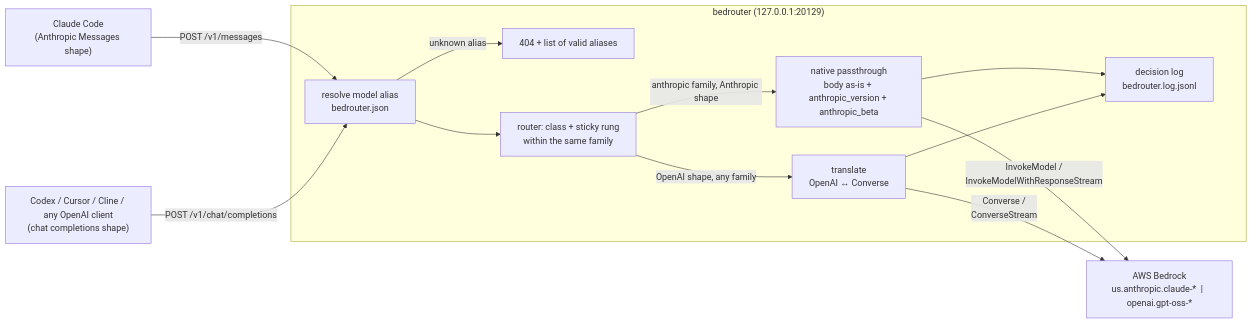
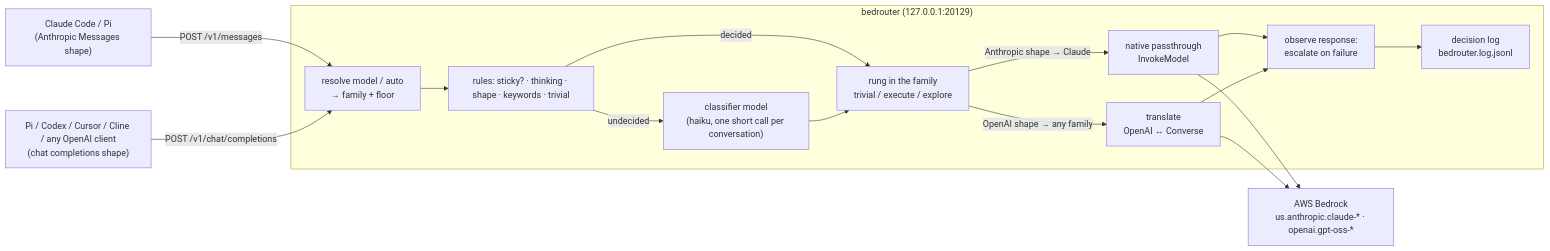
Before and after one commit to bmelton/bedrouter: the diagram in README.md, drawn with Mermaid. The commit also changed other lines of this file and 15 other files, not shown here.

````diff
--- a/README.md
+++ b/README.md
@@ -9,17 +7,20 @@
 ```mermaid
 flowchart LR
-    CC["Claude Code<br/>(Anthropic Messages shape)"] -->|"POST /v1/messages"| R
-    OA["Codex / Cursor / Cline / any OpenAI client<br/>(chat completions shape)"] -->|"POST /v1/chat/completions"| R
+    CC["Claude Code / Pi<br/>(Anthropic Messages shape)"] -->|"POST /v1/messages"| A
+    OA["Pi / Codex / Cursor / Cline / any OpenAI client<br/>(chat completions shape)"] -->|"POST /v1/chat/completions"| A
 
     subgraph Bedrouter ["bedrouter (127.0.0.1:20129)"]
-        R["resolve model alias<br/>bedrouter.json"] -->|"unknown alias"| E404["404 + list of valid aliases"]
-        R --> X["router: class + sticky rung<br/>within the same family"]
-        X -->|"anthropic family, Anthropic shape"| P["native passthrough<br/>body as-is + anthropic_version + anthropic_beta"]
-        X -->|"OpenAI shape, any family"| T["translate<br/>OpenAI &harr; Converse"]
-        P --> L
-        T --> L["decision log<br/>bedrouter.log.jsonl"]
+        A["resolve model / auto<br/>→ family + floor"] --> R["rules: sticky? · thinking · shape · keywords · trivial"]
+        R -->|"undecided"| M["classifier model<br/>(haiku, one short call per conversation)"]
+        R -->|"decided"| X
+        M --> X["rung in the family<br/>trivial / execute / explore"]
+        X -->|"Anthropic shape → Claude"| P["native passthrough<br/>InvokeModel"]
+        X -->|"OpenAI shape → any family"| T["translate<br/>OpenAI ↔ Converse"]
+        P --> O["observe response:<br/>escalate on failure"]
+        T --> O
+        O --> L["decision log<br/>bedrouter.log.jsonl"]
     end
 
-    P -->|"InvokeModel /<br/>InvokeModelWithResponseStream"| B
-    T -->|"Converse /<br/>ConverseStream"| B["AWS Bedrock<br/>us.anthropic.claude-* &nbsp;|&nbsp; openai.gpt-oss-*"]
+    P --> B["AWS Bedrock<br/>us.anthropic.claude-* · openai.gpt-oss-*"]
+    T --> B
 ```
````
